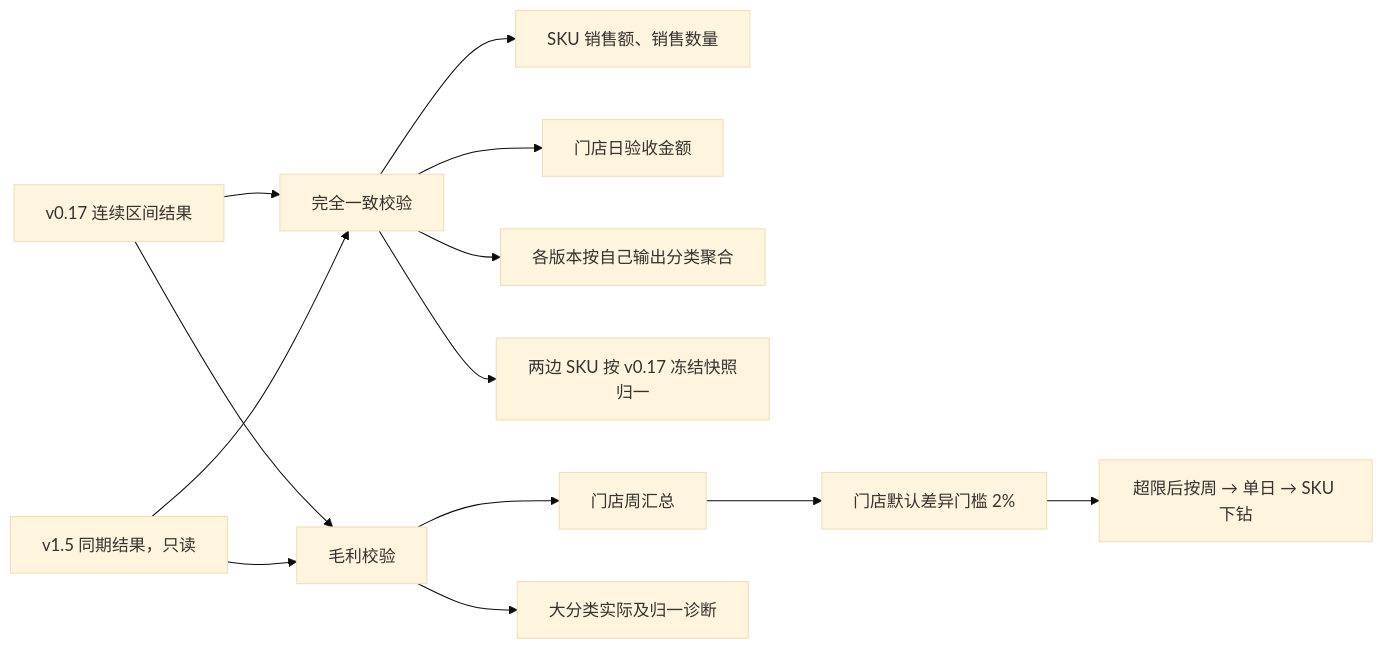
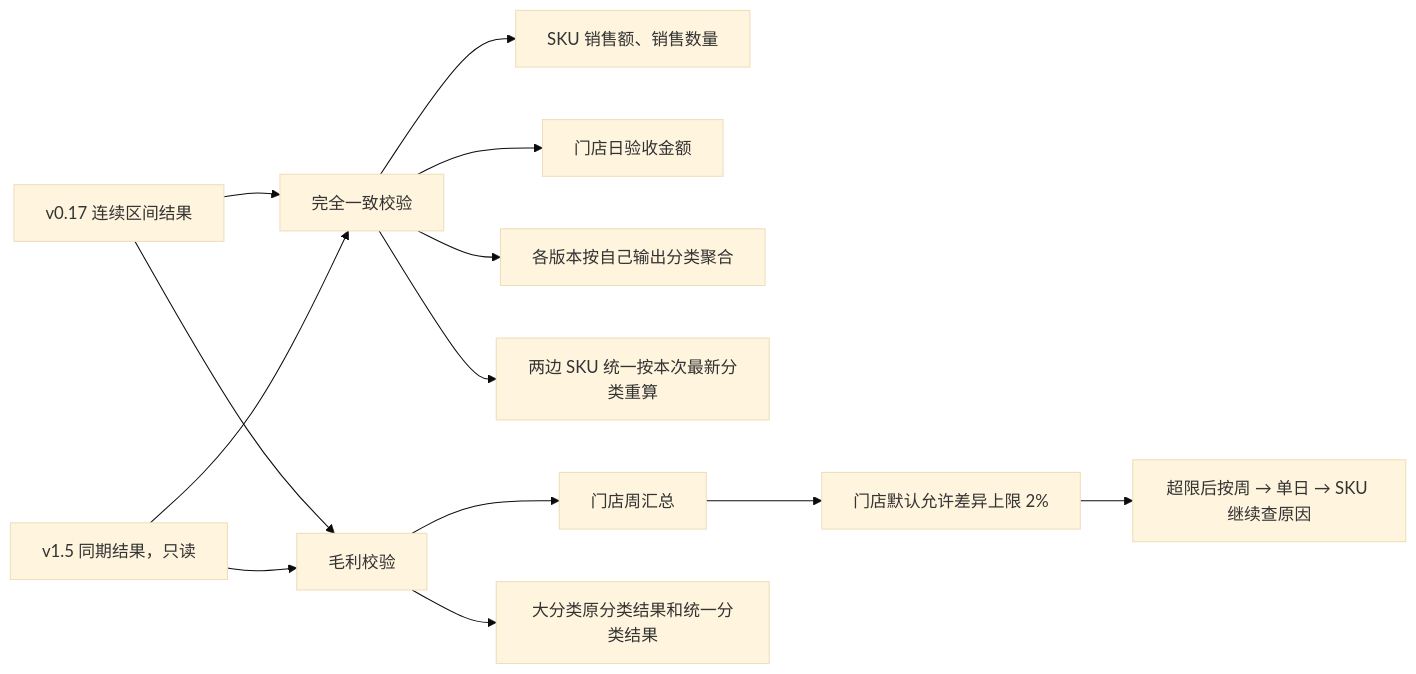
One commit to kate636/cuihua-data changed the eighth of 8 diagrams in fmetl/README.md. Above: the diagram before and after it, drawn with Mermaid (base theme). The commit also changed other lines of this file and 8 other files, not shown here.

````diff
--- a/fmetl/README.md
+++ b/fmetl/README.md
@@ -556,16 +588,16 @@
 ```mermaid
 flowchart LR
     V017["v0.17 连续区间结果"] --> EXACT["完全一致校验"]
     V15["v1.5 同期结果，只读"] --> EXACT
     EXACT --> SALES["SKU 销售额、销售数量"]
     EXACT --> RECEIVE["门店日验收金额"]
     EXACT --> ACTUAL_CATEGORY["各版本按自己输出分类聚合"]
-    EXACT --> NORMALIZED_CATEGORY["两边 SKU 按 v0.17 冻结快照归一"]
+    EXACT --> NORMALIZED_CATEGORY["两边 SKU 统一按本次最新分类重算"]
 
     V017 --> PROFIT["毛利校验"]
     V15 --> PROFIT
     PROFIT --> STORE["门店周汇总"]
-    PROFIT --> L1["大分类实际及归一诊断"]
-    STORE --> LIMIT["门店默认差异门槛 2%"]
-    LIMIT --> DRILL["超限后按周 → 单日 → SKU 下钻"]
+    PROFIT --> L1["大分类原分类结果和统一分类结果"]
+    STORE --> LIMIT["门店默认允许差异上限 2%"]
+    LIMIT --> DRILL["超限后按周 → 单日 → SKU 继续查原因"]
 ```
````
